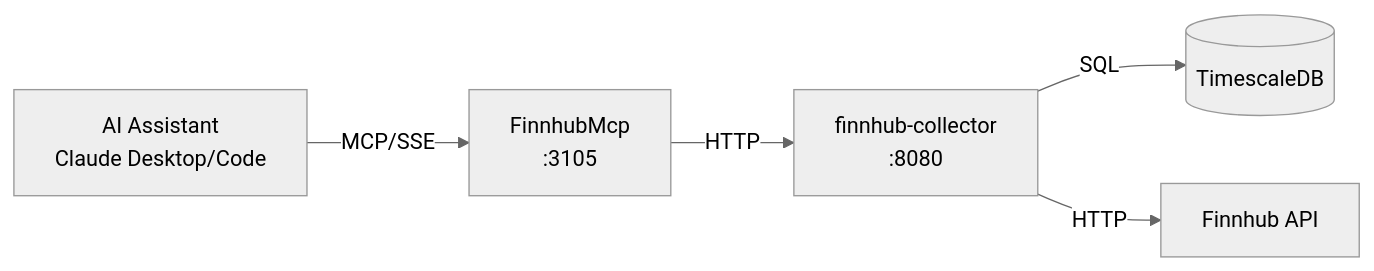
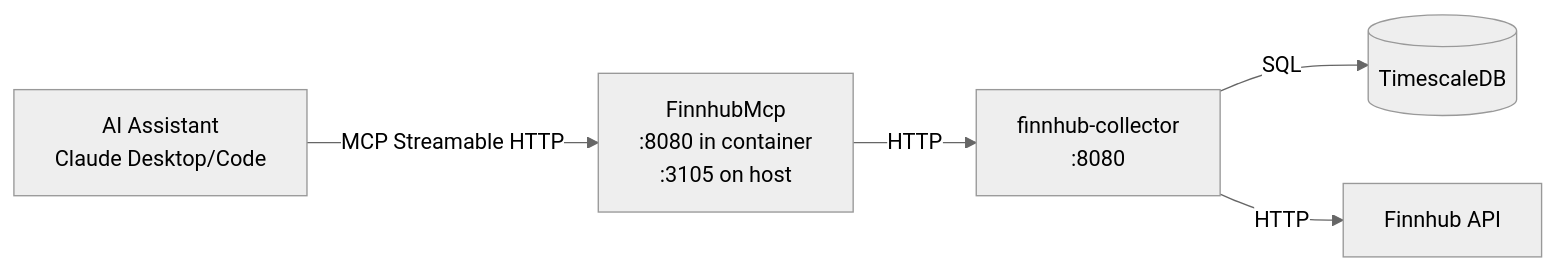
Before and after one commit to jpansarasa/ATLAS-Docs: the diagram in FinnhubCollector/mcp/README.md, drawn with Mermaid (neutral theme). The commit also changed other lines of this file, not shown here.

````diff
--- a/FinnhubCollector/mcp/README.md
+++ b/FinnhubCollector/mcp/README.md
@@ -11,7 +11,7 @@
 ```mermaid
 flowchart LR
-    AI[AI Assistant<br/>Claude Desktop/Code] -->|MCP/SSE| MCP[FinnhubMcp<br/>:3105]
+    AI[AI Assistant<br/>Claude Desktop/Code] -->|MCP Streamable HTTP| MCP[FinnhubMcp<br/>:8080 in container<br/>:3105 on host]
     MCP -->|HTTP| API[finnhub-collector<br/>:8080]
     API -->|SQL| DB[(TimescaleDB)]
     API -->|HTTP| Finnhub[Finnhub API]
 ```
````
